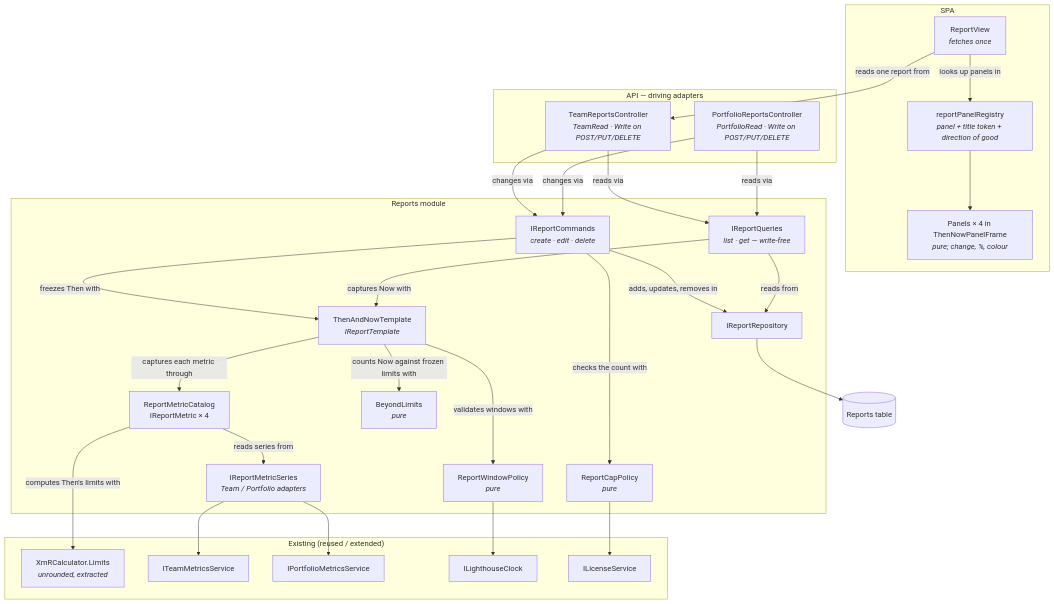
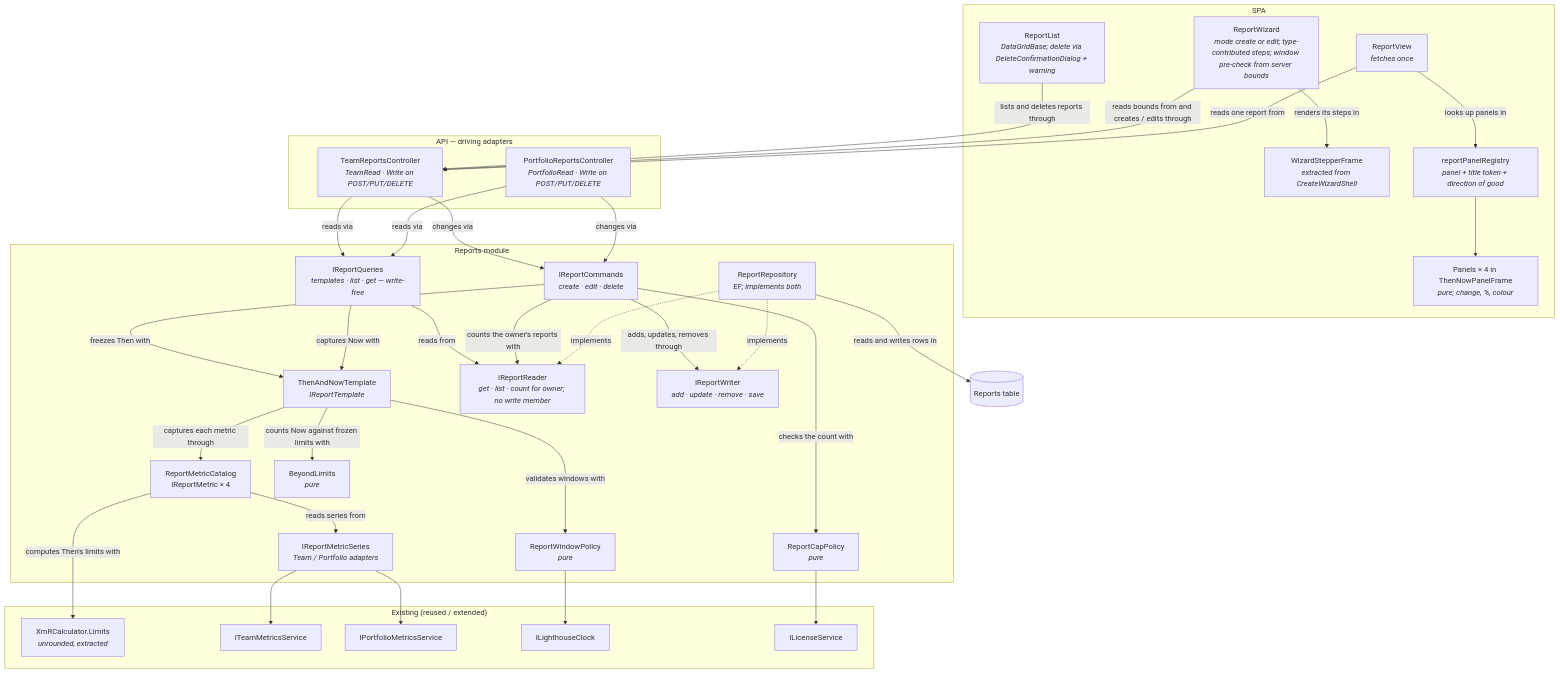
Before and after one commit to LetPeopleWork/Lighthouse: diagram 45 of 45 in docs/product/architecture/c4-diagrams.md, drawn with Mermaid. The commit also changed other lines of this file and 2 other files, not shown here.

Commit message:
docs(architecture): bring the Reports C4 views and brief in line with the revised design
The diagrams still showed separate create, edit and delete dialogs and
one repository port. They now show the shared report wizard on a
stepper frame extracted from the team and portfolio wizard, the list
on DataGridBase, the delete confirmation with its warning line, and
the repository split into a read port with no write member and a
write port, which is what lets the query side be checked as read-only.

Claude-Session: https://claude.ai/code/session_016YgD7sv2Q7LtGiMSTRjNCR

````diff
--- a/docs/product/architecture/c4-diagrams.md
+++ b/docs/product/architecture/c4-diagrams.md
@@ -1689,58 +1689,69 @@
 ```mermaid
 flowchart TB
     subgraph SPA["SPA"]
+        LST["ReportList<br/><i>DataGridBase; delete via DeleteConfirmationDialog + warning</i>"]
+        WIZ["ReportWizard<br/><i>mode create or edit; type-contributed steps; window pre-check from server bounds</i>"]
+        WSF["WizardStepperFrame<br/><i>extracted from CreateWizardShell</i>"]
         RV["ReportView<br/><i>fetches once</i>"]
         REG["reportPanelRegistry<br/><i>panel + title token + direction of good</i>"]
         PAN["Panels × 4 in ThenNowPanelFrame<br/><i>pure; change, %, colour</i>"]
     end
 
     subgraph API["API — driving adapters"]
         TRC["TeamReportsController<br/><i>TeamRead · Write on POST/PUT/DELETE</i>"]
         PRC["PortfolioReportsController<br/><i>PortfolioRead · Write on POST/PUT/DELETE</i>"]
     end
 
     subgraph REP["Reports module"]
-        Q["IReportQueries<br/><i>list · get — write-free</i>"]
+        Q["IReportQueries<br/><i>templates · list · get — write-free</i>"]
         C["IReportCommands<br/><i>create · edit · delete</i>"]
         TPL["ThenAndNowTemplate<br/><i>IReportTemplate</i>"]
         CAT["ReportMetricCatalog<br/>IReportMetric × 4"]
         SER["IReportMetricSeries<br/><i>Team / Portfolio adapters</i>"]
         WIN["ReportWindowPolicy<br/><i>pure</i>"]
         BL["BeyondLimits<br/><i>pure</i>"]
         CAP["ReportCapPolicy<br/><i>pure</i>"]
-        REPO["IReportRepository"]
+        RDR["IReportReader<br/><i>get · list · count for owner; no write member</i>"]
+        WTR["IReportWriter<br/><i>add · update · remove · save</i>"]
+        REPO["ReportRepository<br/><i>EF; implements both</i>"]
     end
 
     subgraph EXIST["Existing (reused / extended)"]
         XMR["XmRCalculator.Limits<br/><i>unrounded, extracted</i>"]
         TMS["ITeamMetricsService"]
         PMS["IPortfolioMetricsService"]
         CLK["ILighthouseClock"]
         LIC["ILicenseService"]
     end
 
     DB[("Reports table")]
 
+    LST -->|"lists and deletes reports through"| TRC
+    WIZ -->|"renders its steps in"| WSF
+    WIZ -->|"reads bounds from and creates / edits through"| TRC
     RV -->|"reads one report from"| TRC
     RV -->|"looks up panels in"| REG
     REG --> PAN
     TRC -->|"reads via"| Q
     TRC -->|"changes via"| C
     PRC -->|"reads via"| Q
     PRC -->|"changes via"| C
     C -->|"checks the count with"| CAP
     CAP --> LIC
     C -->|"freezes Then with"| TPL
     Q -->|"captures Now with"| TPL
     TPL -->|"validates windows with"| WIN
     WIN --> CLK
     TPL -->|"captures each metric through"| CAT
     CAT -->|"reads series from"| SER
     SER --> TMS
     SER --> PMS
     CAT -->|"computes Then's limits with"| XMR
     TPL -->|"counts Now against frozen limits with"| BL
-    C -->|"adds, updates, removes in"| REPO
-    Q -->|"reads from"| REPO
-    REPO --> DB
+    Q -->|"reads from"| RDR
+    C -->|"counts the owner's reports with"| RDR
+    C -->|"adds, updates, removes through"| WTR
+    REPO -.->|"implements"| RDR
+    REPO -.->|"implements"| WTR
+    REPO -->|"reads and writes rows in"| DB
 ```
````
